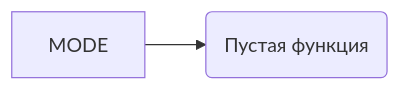
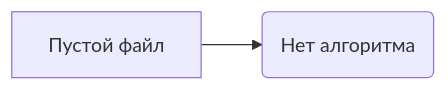
Before and after one commit to hypo69/hypo: the first of 2 diagrams in docs/gemini/ru/explainer/src/ai/llama/model.md, drawn with Mermaid. The commit also changed other lines of this file and 877 other files, not shown here.

````diff
--- a/docs/gemini/ru/explainer/src/ai/llama/model.md
+++ b/docs/gemini/ru/explainer/src/ai/llama/model.md
@@ -53,4 +52,4 @@
 ```mermaid
 graph LR
-    A[MODE] --> B(Пустая функция);
+    A[Пустой файл] --> B(Нет алгоритма);
 ```
````
